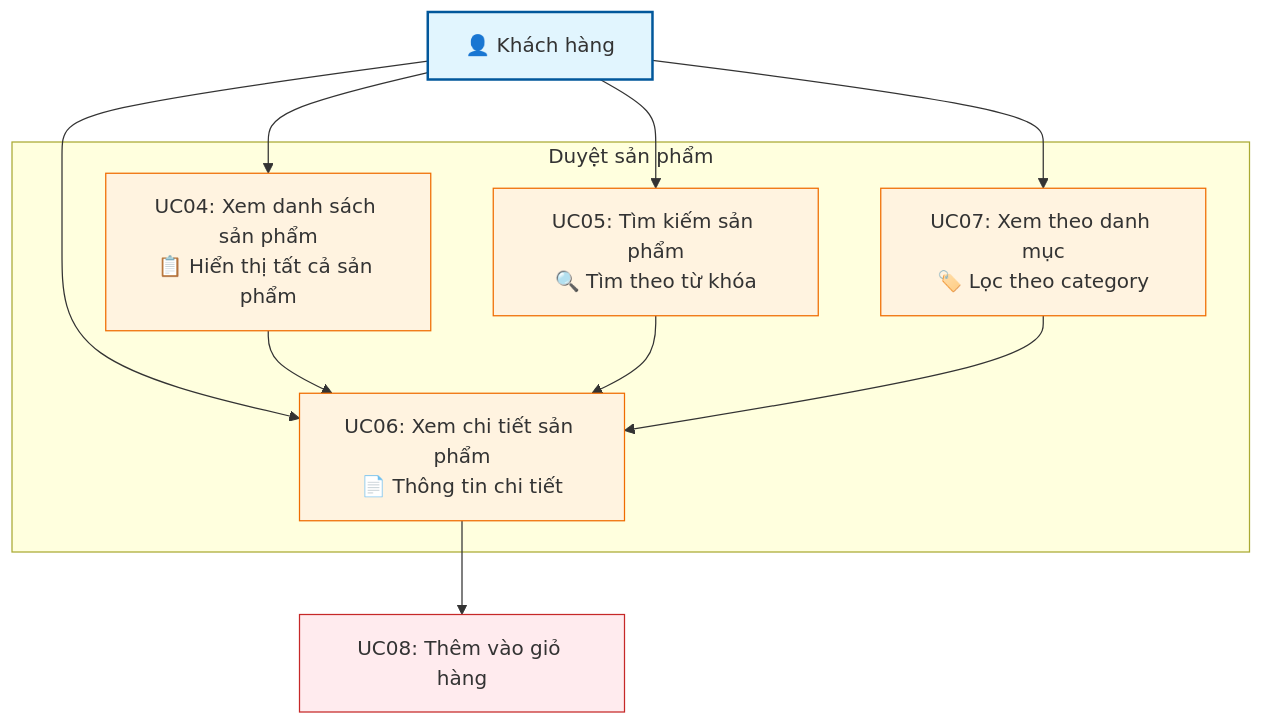
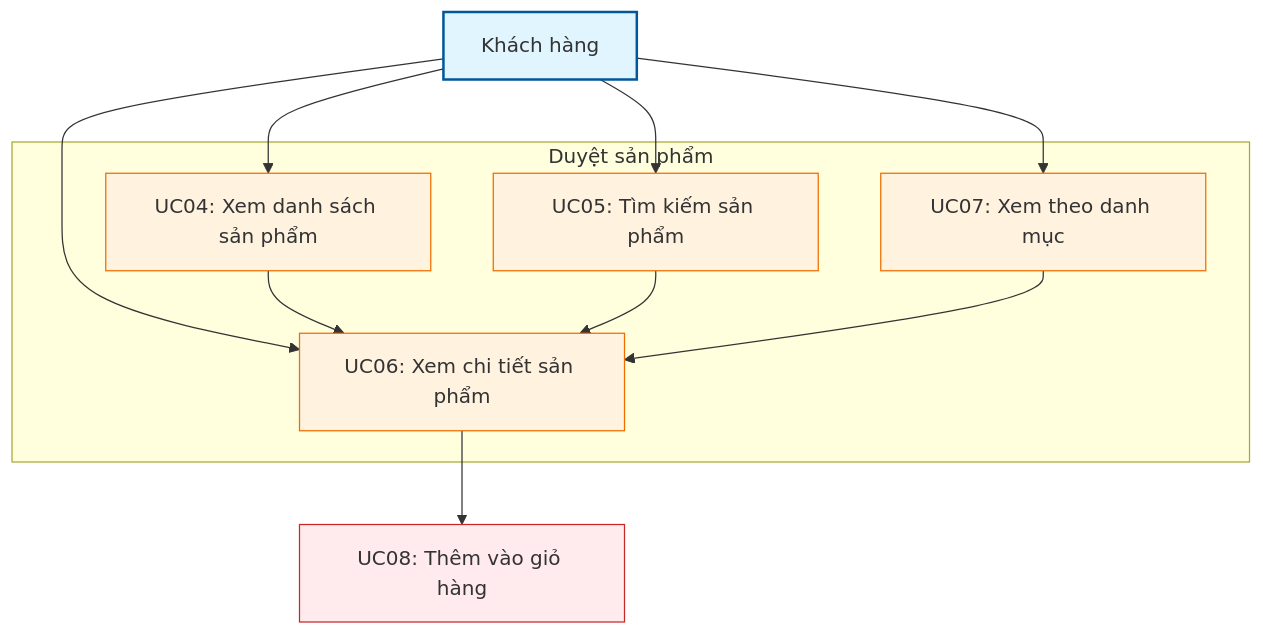
The third of 15 diagrams in docs/COMPLETE_USE_CASES.md (vinhhoang04cp/webshop), drawn with Mermaid before and after one commit. The commit also changed other lines of this file, not shown here.

````diff
--- a/docs/COMPLETE_USE_CASES.md
+++ b/docs/COMPLETE_USE_CASES.md
@@ -190,30 +190,30 @@
 ```mermaid
 graph TB
-    Customer[👤 Khách hàng]
+    Customer[Khách hàng]
     
     subgraph "Duyệt sản phẩm"
-        UC04[UC04: Xem danh sách sản phẩm<br/>📋 Hiển thị tất cả sản phẩm]
-        UC05[UC05: Tìm kiếm sản phẩm<br/>🔍 Tìm theo từ khóa]
-        UC06[UC06: Xem chi tiết sản phẩm<br/>📄 Thông tin chi tiết]
-        UC07[UC07: Xem theo danh mục<br/>🏷️ Lọc theo category]
+        UC04[UC04: Xem danh sách sản phẩm]
+        UC05[UC05: Tìm kiếm sản phẩm]
+        UC06[UC06: Xem chi tiết sản phẩm]
+        UC07[UC07: Xem theo danh mục]
     end
     
     Customer --> UC04
     Customer --> UC05
     Customer --> UC06
     Customer --> UC07
     
     %% Relationships
     UC04 --> UC06
     UC05 --> UC06
     UC07 --> UC06
     UC06 --> UC08[UC08: Thêm vào giỏ hàng]
     
     classDef actor fill:#e1f5fe,stroke:#01579b,stroke-width:2px
     classDef usecase fill:#fff3e0,stroke:#ef6c00,stroke-width:1px
     classDef action fill:#ffebee,stroke:#c62828,stroke-width:1px
     
     class Customer actor
     class UC04,UC05,UC06,UC07 usecase
     class UC08 action
 ```
````
